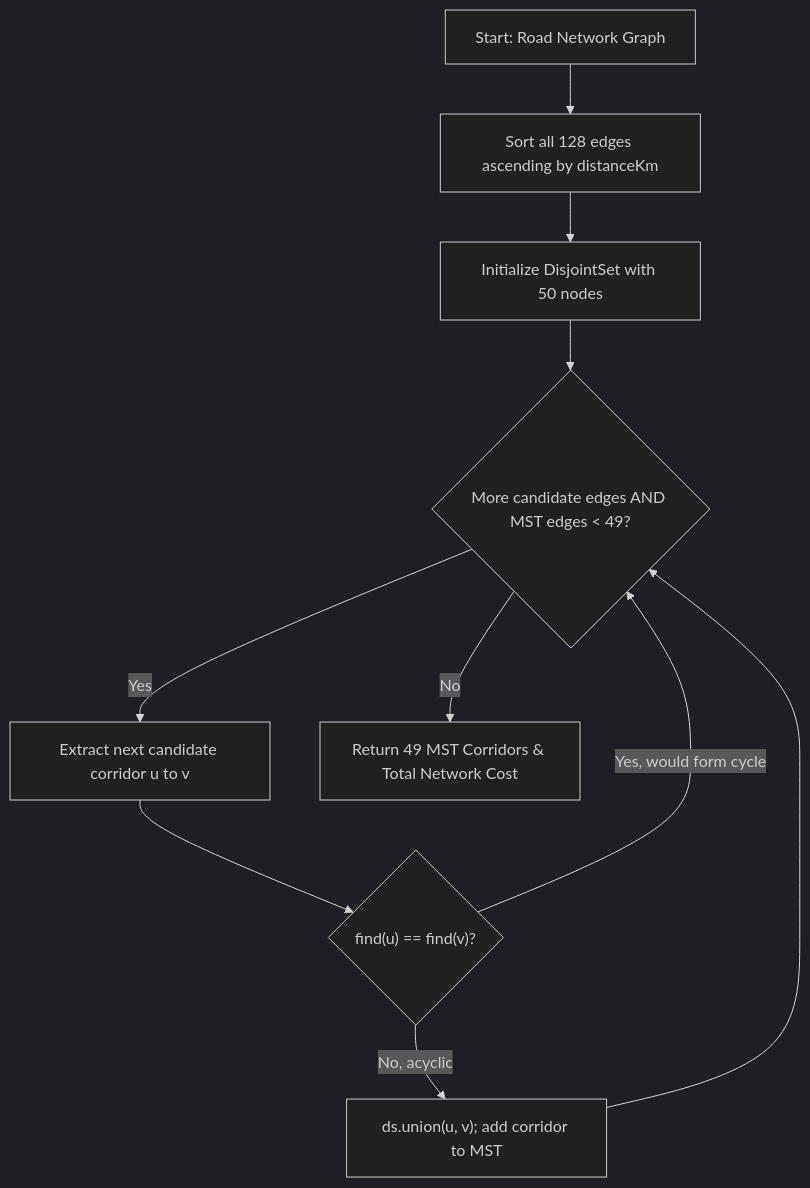
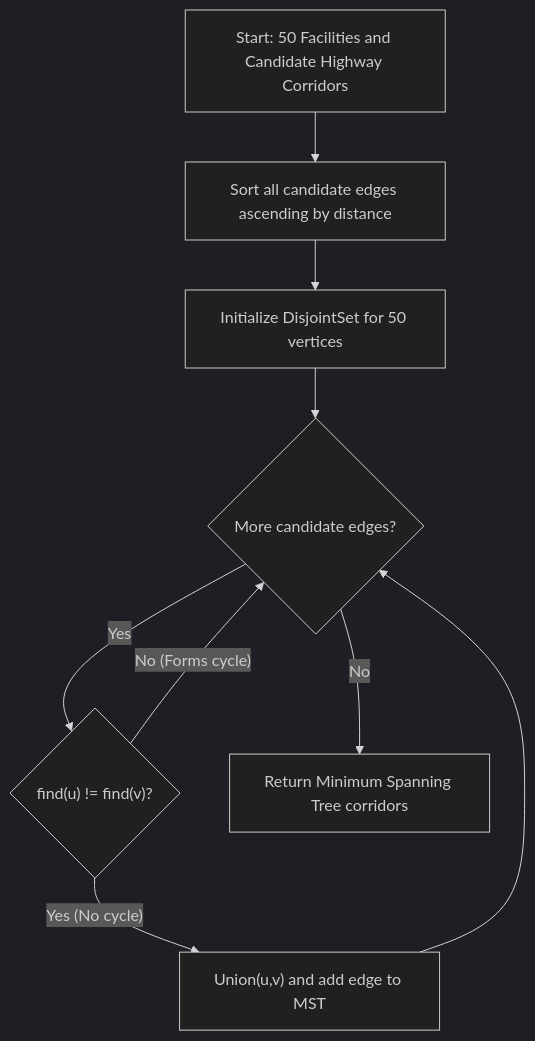
The fifth of 6 diagrams in docs-site/src/content/docs/service-operations/flowcharts-pseudocode.md (Septagon-Systems/Hospital-Service-DSA), drawn with Mermaid (dark theme) before and after one commit. The commit also changed other lines of this file and 1 other file, not shown here.

Commit message:
docs(flowcharts): expand pseudocode to cover all 12 data structures and multi-queue dispatch

````diff
--- a/docs-site/src/content/docs/service-operations/flowcharts-pseudocode.md
+++ b/docs-site/src/content/docs/service-operations/flowcharts-pseudocode.md
@@ -350,12 +291,11 @@
 ```mermaid
 flowchart TD
-    A[Start: Road Network Graph] --> B[Sort all 128 edges ascending by distanceKm]
-    B --> C[Initialize DisjointSet with 50 nodes]
-    C --> D{"More candidate edges AND MST edges < 49?"}
-    D -- Yes --> E[Extract next candidate corridor u to v]
-    E --> F{"find(u) == find(v)?"}
-    F -- Yes, would form cycle --> D
-    F -- No, acyclic --> G["ds.union(u, v); add corridor to MST"]
-    G --> D
-    D -- No --> H[Return 49 MST Corridors & Total Network Cost]
+    A[Start: 50 Facilities and Candidate Highway Corridors] --> B[Sort all candidate edges ascending by distance]
+    B --> C[Initialize DisjointSet for 50 vertices]
+    C --> D{More candidate edges?}
+    D -- Yes --> E{"find(u) != find(v)?"}
+    E -- "Yes (No cycle)" --> F["Union(u,v) and add edge to MST"]
+    E -- "No (Forms cycle)" --> D
+    F --> D
+    D -- No --> G[Return Minimum Spanning Tree corridors]
 ```
````
